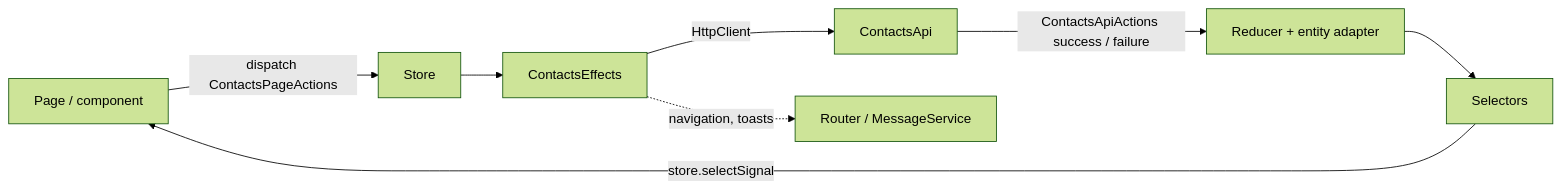
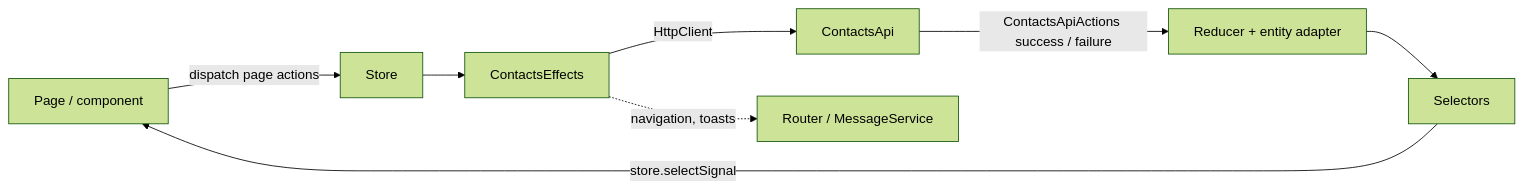
One commit to GVLTodorov/ContactHub changed the second of 2 diagrams in docs/architecture.md. Above: the diagram before and after it, drawn with Mermaid (forest theme). The commit also changed other lines of this file and 78 other files, not shown here.

````diff
--- a/docs/architecture.md
+++ b/docs/architecture.md
@@ -99,10 +109,10 @@
 ```mermaid
 flowchart LR
-    P[Page / component] -->|dispatch ContactsPageActions| S[Store]
+    P[Page / component] -->|dispatch page actions| S[Store]
     S --> E[ContactsEffects]
     E -->|HttpClient| A[ContactsApi]
     A -->|ContactsApiActions success / failure| R[Reducer + entity adapter]
     R --> SEL[Selectors]
     SEL -->|store.selectSignal| P
     E -. navigation, toasts .-> UI[Router / MessageService]
 ```
````
